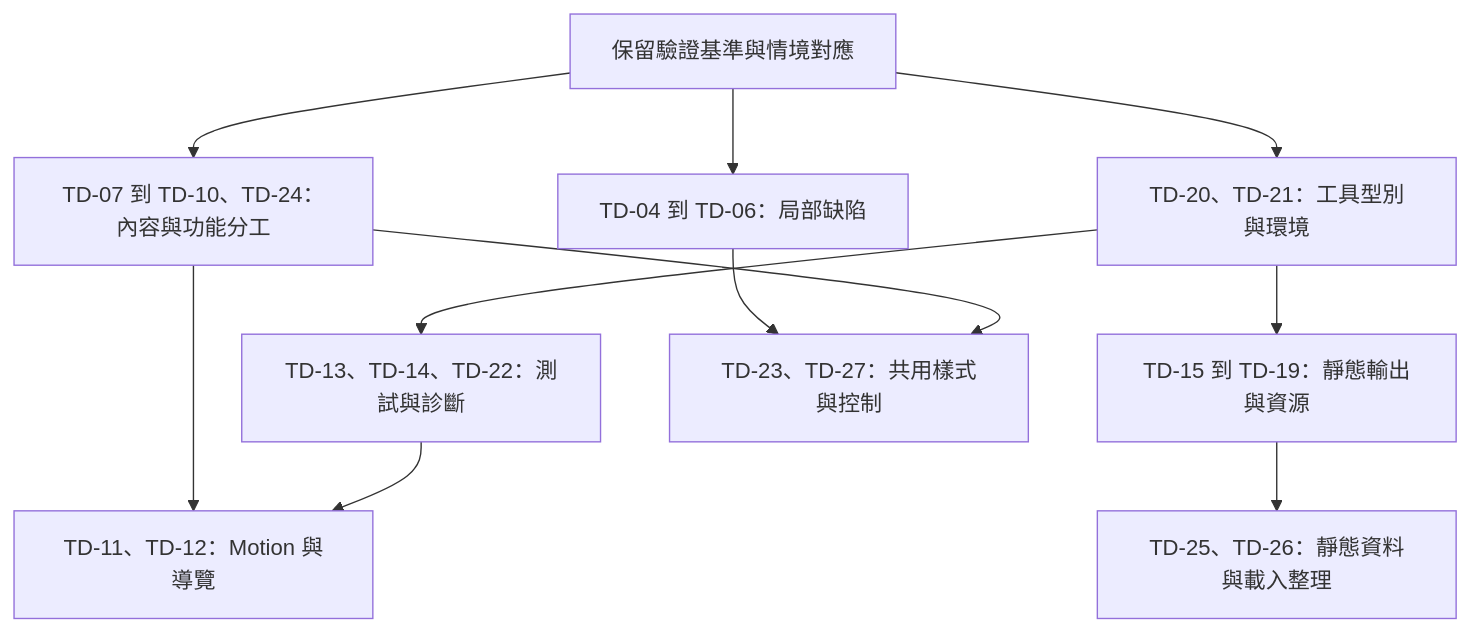
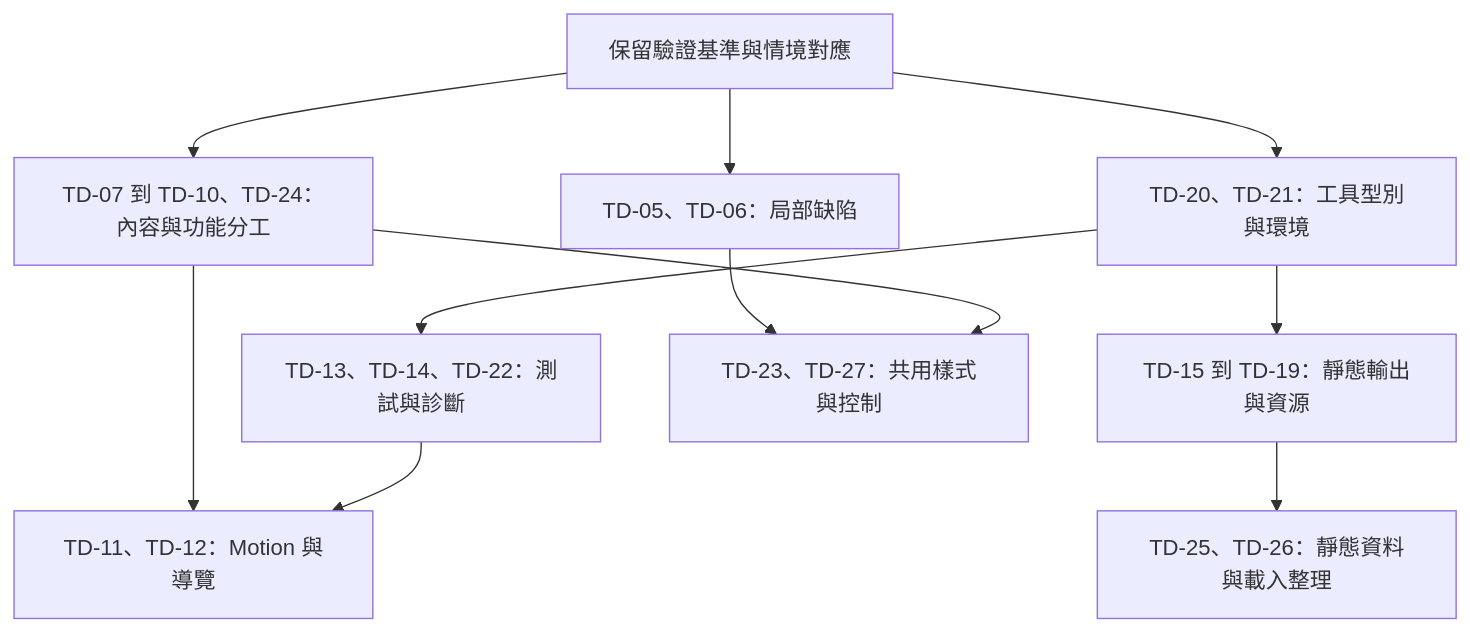
One commit to bingyangchen/bingyangchen.github.io changed the third of 3 diagrams in docs/plans/0001-codebase-technical-debt.md. Above: the diagram before and after it, drawn with Mermaid. The commit also changed other lines of this file and 16 other files, not shown here.

````diff
--- a/docs/plans/0001-codebase-technical-debt.md
+++ b/docs/plans/0001-codebase-technical-debt.md
@@ -382,13 +362,13 @@
 ```mermaid
 flowchart TD
-  baseline[保留驗證基準與情境對應] --> fixes[TD-04 到 TD-06：局部缺陷]
+  baseline[保留驗證基準與情境對應] --> fixes[TD-05、TD-06：局部缺陷]
   baseline --> tooling[TD-20、TD-21：工具型別與環境]
   baseline --> content[TD-07 到 TD-10、TD-24：內容與功能分工]
   tooling --> tests[TD-13、TD-14、TD-22：測試與診斷]
   tooling --> build[TD-15 到 TD-19：靜態輸出與資源]
   content --> logic[TD-11、TD-12：Motion 與導覽]
   tests --> logic
   fixes --> styles[TD-23、TD-27：共用樣式與控制]
   content --> styles
   build --> optional[TD-25、TD-26：靜態資料與載入整理]
 ```
````
